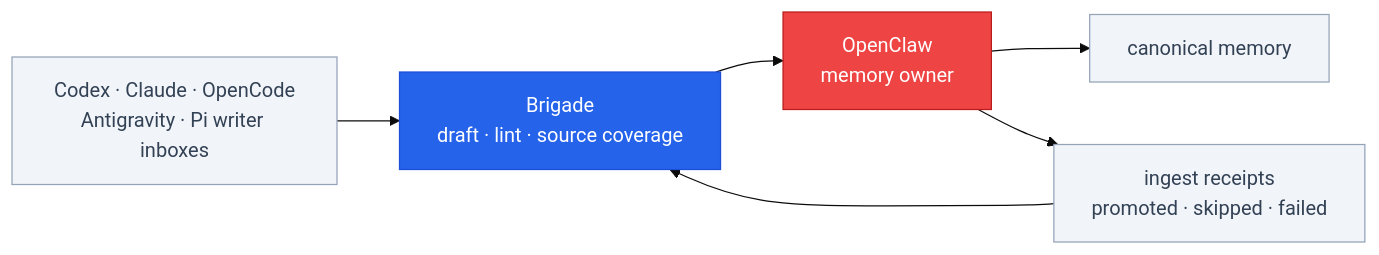
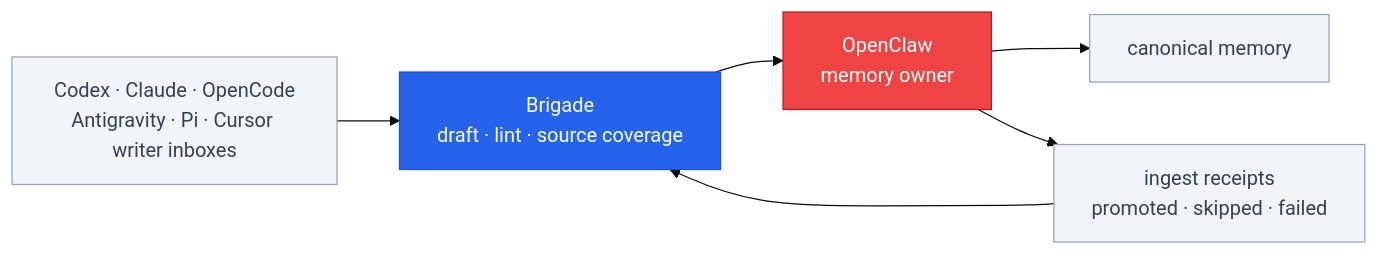
Before and after one commit to escoffier-labs/brigade: diagram 11 of 13 in README.md, drawn with Mermaid (base theme). The commit also changed other lines of this file and 38 other files, not shown here.

````diff
--- a/README.md
+++ b/README.md
@@ -577,18 +579,18 @@
 ```mermaid
 flowchart LR
-    WRITERS["Codex · Claude · OpenCode<br/>Antigravity · Pi writer inboxes"]
+    WRITERS["Codex · Claude · OpenCode<br/>Antigravity · Pi · Cursor writer inboxes"]
     BRIGADE["Brigade<br/>draft · lint · source coverage"]
     OPENCLAW["OpenClaw<br/>memory owner"]
     MEMORY["canonical memory"]
     RECEIPTS["ingest receipts<br/>promoted · skipped · failed"]
 
     WRITERS --> BRIGADE --> OPENCLAW --> MEMORY
     OPENCLAW --> RECEIPTS --> BRIGADE
 
     classDef brigade fill:#2563eb,stroke:#1d4ed8,color:#fff;
     classDef owner fill:#ef4444,stroke:#b91c1c,color:#fff;
     classDef local fill:#f1f5f9,stroke:#94a3b8,color:#334155;
     class BRIGADE brigade;
     class OPENCLAW owner;
     class WRITERS,MEMORY,RECEIPTS local;
 ```
````
